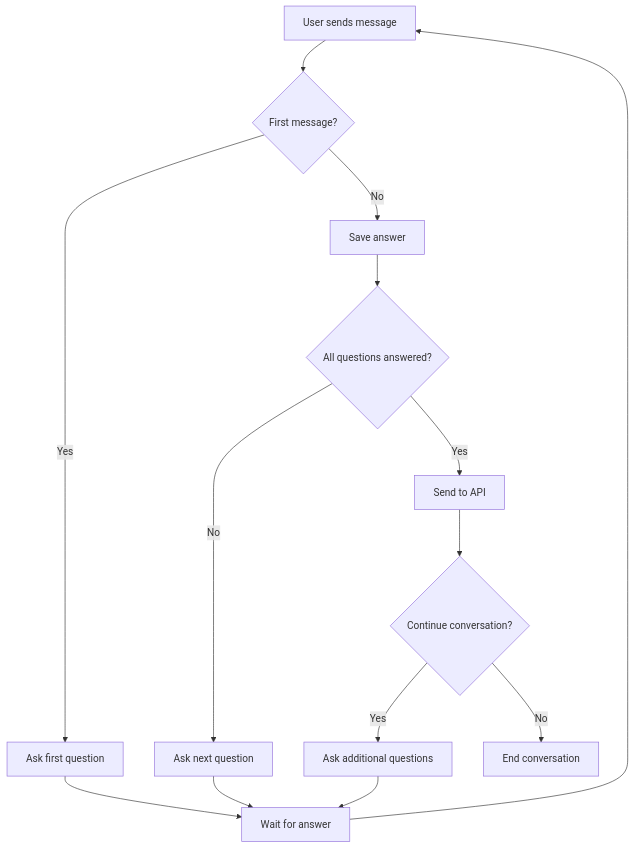
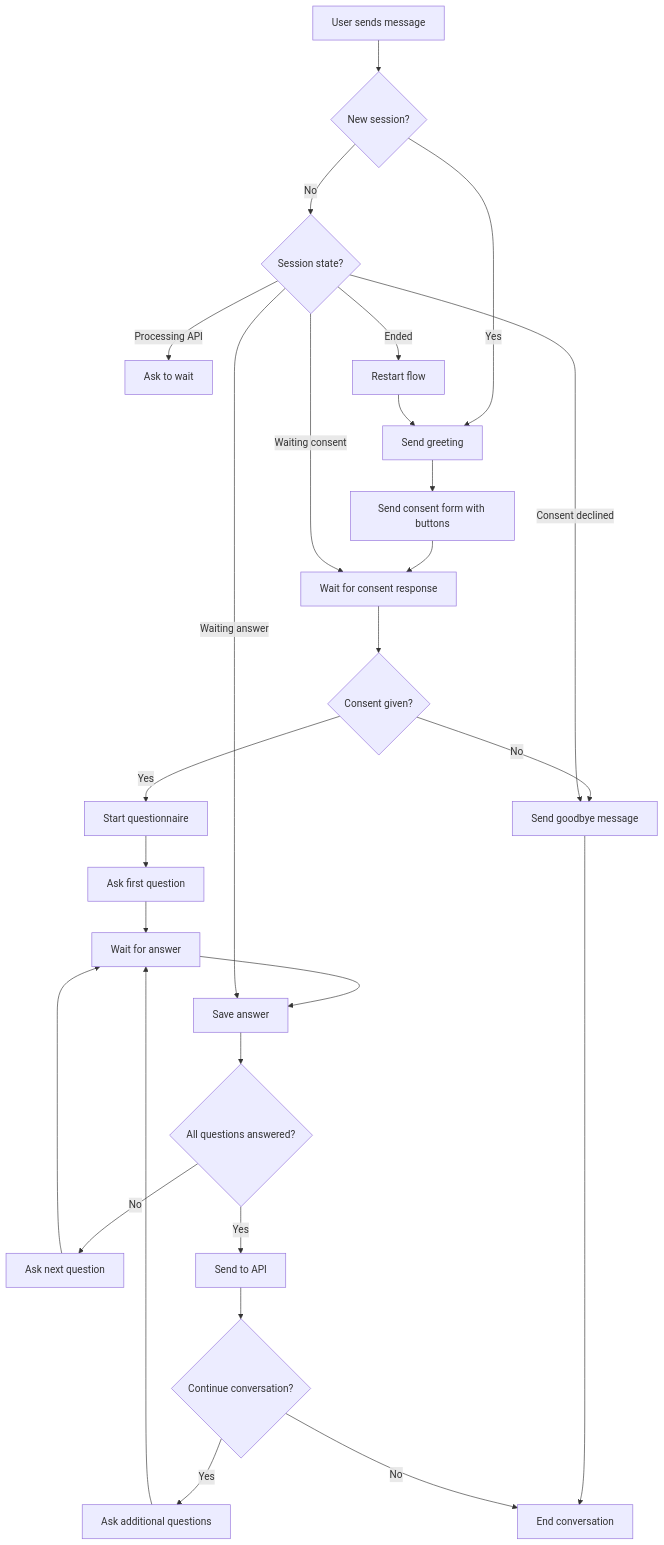
Before and after one commit to Brallandev/helpy: the diagram in whatsapp_bot/README.md, drawn with Mermaid. The commit also changed other lines of this file and 6 other files, not shown here.

Commit message:
added good politicas de privacidad and flow based on answer

````diff
--- a/whatsapp_bot/README.md
+++ b/whatsapp_bot/README.md
@@ -172,16 +194,29 @@
 ```mermaid
 graph TD
-    A[User sends message] --> B{First message?}
-    B -->|Yes| C[Ask first question]
-    B -->|No| D[Save answer]
-    D --> E{All questions answered?}
-    E -->|No| F[Ask next question]
-    E -->|Yes| G[Send to API]
-    G --> H{Continue conversation?}
-    H -->|Yes| I[Ask additional questions]
-    H -->|No| J[End conversation]
-    C --> K[Wait for answer]
-    F --> K
-    I --> K
-    K --> A
+    A[User sends message] --> B{New session?}
+    B -->|Yes| C[Send greeting]
+    C --> D[Send consent form with buttons]
+    D --> E[Wait for consent response]
+    E --> F{Consent given?}
+    F -->|Yes| G[Start questionnaire]
+    F -->|No| H[Send goodbye message]
+    H --> I[End conversation]
+    G --> J[Ask first question]
+    J --> K[Wait for answer]
+    K --> L[Save answer]
+    L --> M{All questions answered?}
+    M -->|No| N[Ask next question]
+    M -->|Yes| O[Send to API]
+    O --> P{Continue conversation?}
+    P -->|Yes| Q[Ask additional questions]
+    P -->|No| I
+    N --> K
+    Q --> K
+    B -->|No| R{Session state?}
+    R -->|Waiting consent| E
+    R -->|Waiting answer| L
+    R -->|Consent declined| H
+    R -->|Processing API| S[Ask to wait]
+    R -->|Ended| T[Restart flow]
+    T --> C
 ```
````
